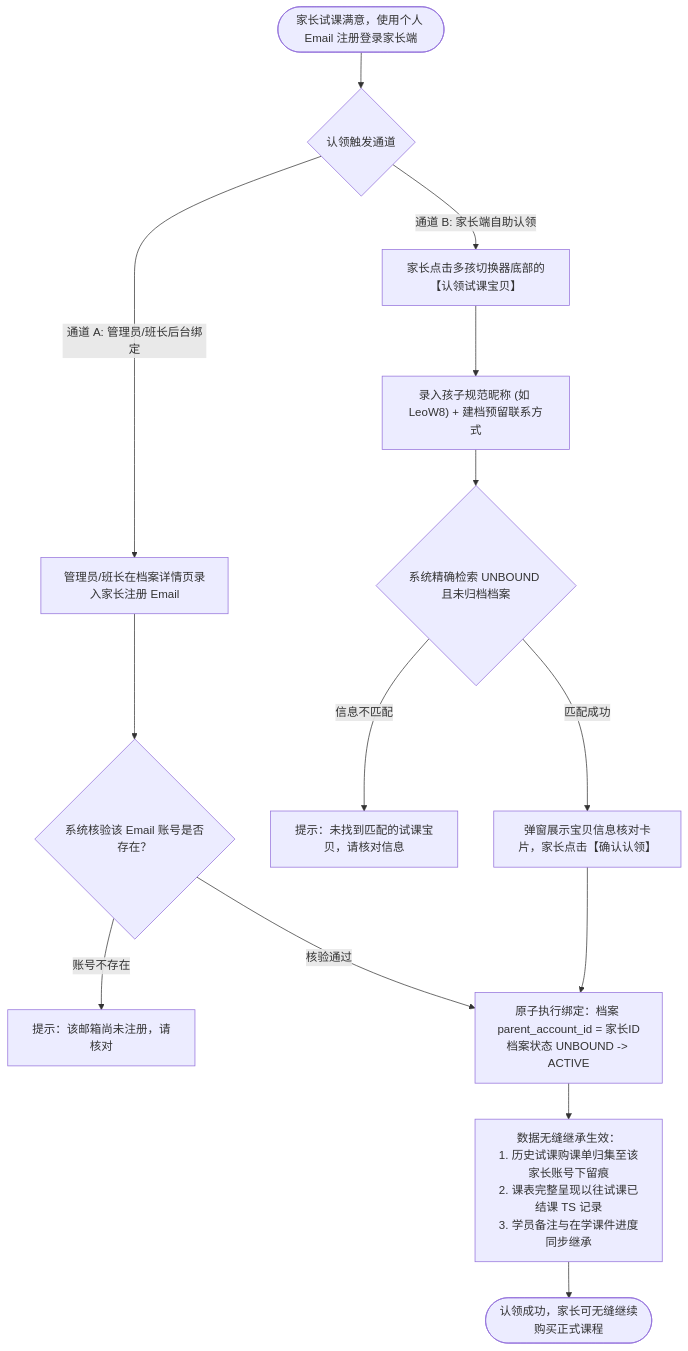
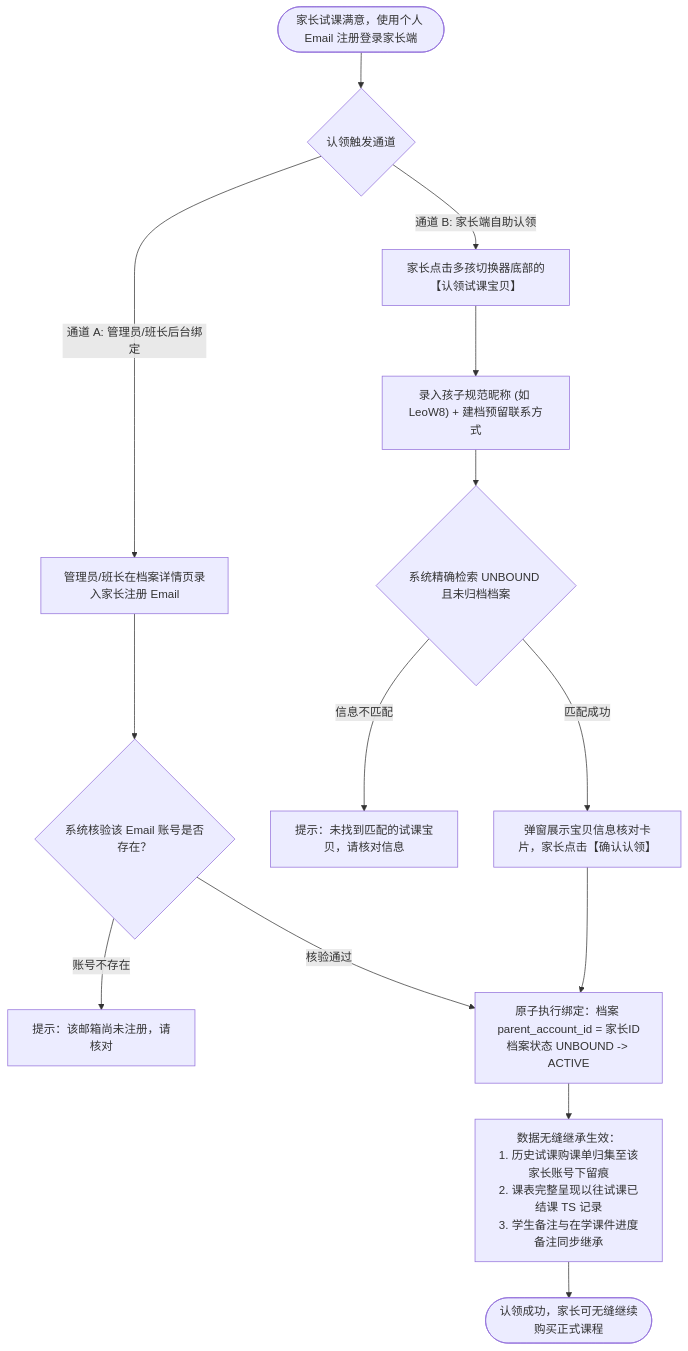
Before and after one commit to Onezao/dream: the third of 6 diagrams in docs/prd/m1a_student_profile.md, drawn with Mermaid. The commit also changed other lines of this file and 26 other files, not shown here.

````diff
--- a/docs/prd/m1a_student_profile.md
+++ b/docs/prd/m1a_student_profile.md
@@ -101,19 +101,19 @@
 ```mermaid
 flowchart TD
     ParentReg(["家长试课满意，使用个人 Email 注册登录家长端"]) --> ChoosePath{"认领触发通道"}
     
     ChoosePath -->|"通道 A: 管理员/班长后台绑定"| AdminInput["管理员/班长在档案详情页录入家长注册 Email"]
     AdminInput --> VerifyAccount{"系统核验该 Email 账号是否存在？"}
     VerifyAccount -->|"账号不存在"| AlertNotFound["提示：该邮箱尚未注册，请核对"]
     VerifyAccount -->|"核验通过"| ExecuteBind["原子执行绑定：档案 parent_account_id = 家长ID<br/>档案状态 UNBOUND -> ACTIVE"]
 
     ChoosePath -->|"通道 B: 家长端自助认领"| ParentSelfClaim["家长点击多孩切换器底部的【认领试课宝贝】"]
     ParentSelfClaim --> InputClaimCode["录入孩子规范昵称 (如 LeoW8) + 建档预留联系方式"]
     InputClaimCode --> MatchRecord{"系统精确检索 UNBOUND 且未归档档案"}
     MatchRecord -->|"信息不匹配"| AlertMismatch["提示：未找到匹配的试课宝贝，请核对信息"]
     MatchRecord -->|"匹配成功"| ConfirmClaimModal["弹窗展示宝贝信息核对卡片，家长点击【确认认领】"]
     ConfirmClaimModal --> ExecuteBind
 
-    ExecuteBind --> InheritAssets["数据无缝继承生效：<br/>1. 历史试课购课单归集至该家长账号下留痕<br/>2. 课表完整呈现以往试课已结课 TS 记录<br/>3. 学员备注与在学课件进度同步继承"]
+    ExecuteBind --> InheritAssets["数据无缝继承生效：<br/>1. 历史试课购课单归集至该家长账号下留痕<br/>2. 课表完整呈现以往试课已结课 TS 记录<br/>3. 学生备注与在学课件进度备注同步继承"]
     InheritAssets --> FinishClaim(["认领成功，家长可无缝继续购买正式课程"])
 ```
````
